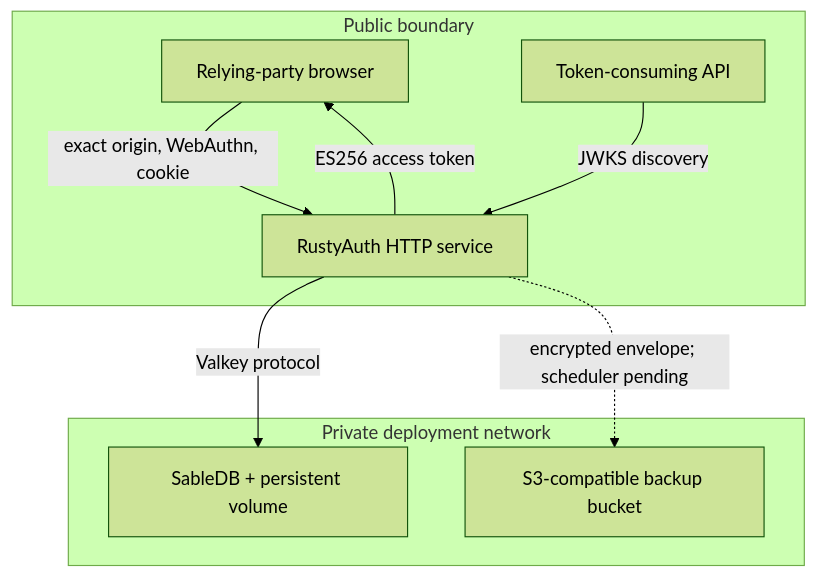
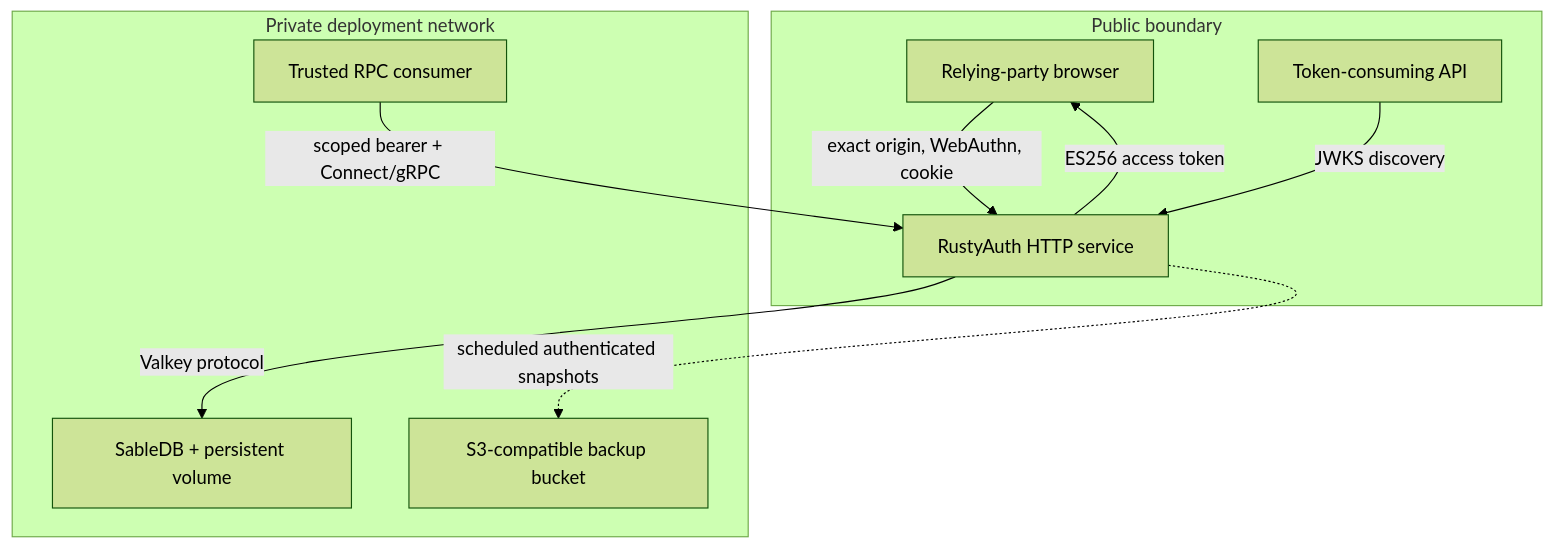
One commit to rusty-auth/rustyauth changed the first of 2 diagrams in docs/ARCHITECTURE.md. Above: the diagram before and after it, drawn with Mermaid (forest theme). The commit also changed other lines of this file and 77 other files, not shown here.

````diff
--- a/docs/ARCHITECTURE.md
+++ b/docs/ARCHITECTURE.md
@@ -20,19 +20,21 @@
 ```mermaid
 flowchart TB
     subgraph Public["Public boundary"]
       Browser["Relying-party browser"]
       Consumer["Token-consuming API"]
       Auth["RustyAuth HTTP service"]
     end
 
     subgraph Private["Private deployment network"]
       Sable["SableDB + persistent volume"]
       Bucket["S3-compatible backup bucket"]
+      Operator["Trusted RPC consumer"]
     end
 
     Browser -->|"exact origin, WebAuthn, cookie"| Auth
     Auth -->|"ES256 access token"| Browser
     Consumer -->|"JWKS discovery"| Auth
+    Operator -->|"scoped bearer + Connect/gRPC"| Auth
     Auth -->|"Valkey protocol"| Sable
-    Auth -.->|"encrypted envelope; scheduler pending"| Bucket
+    Auth -.->|"scheduled authenticated snapshots"| Bucket
 ```
````
